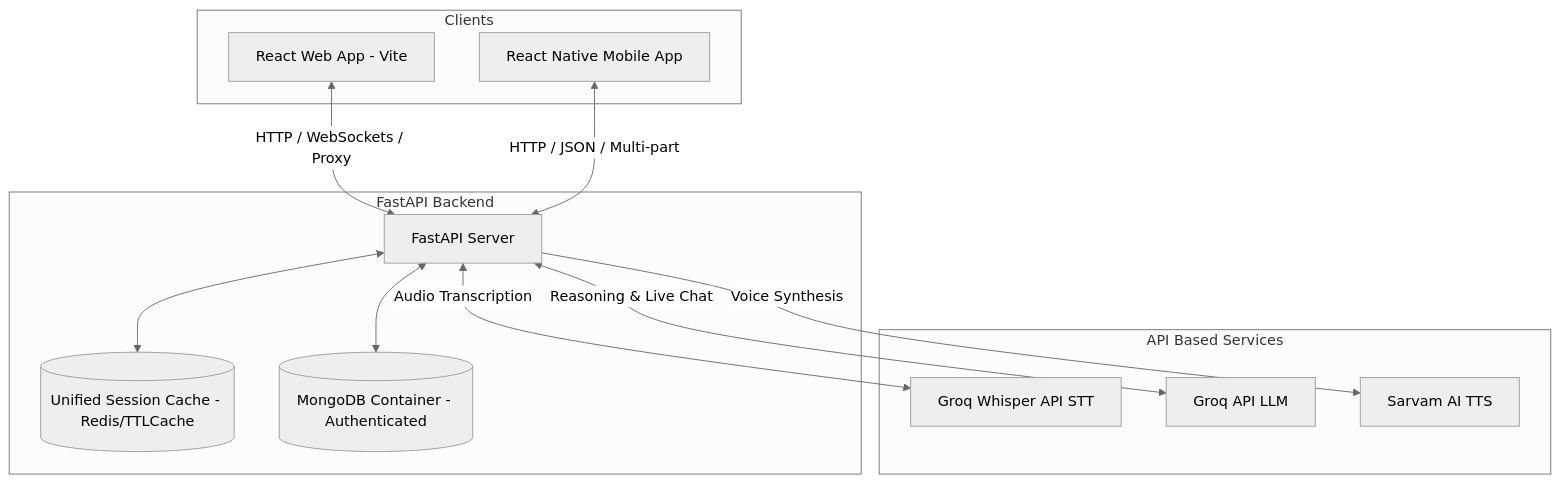
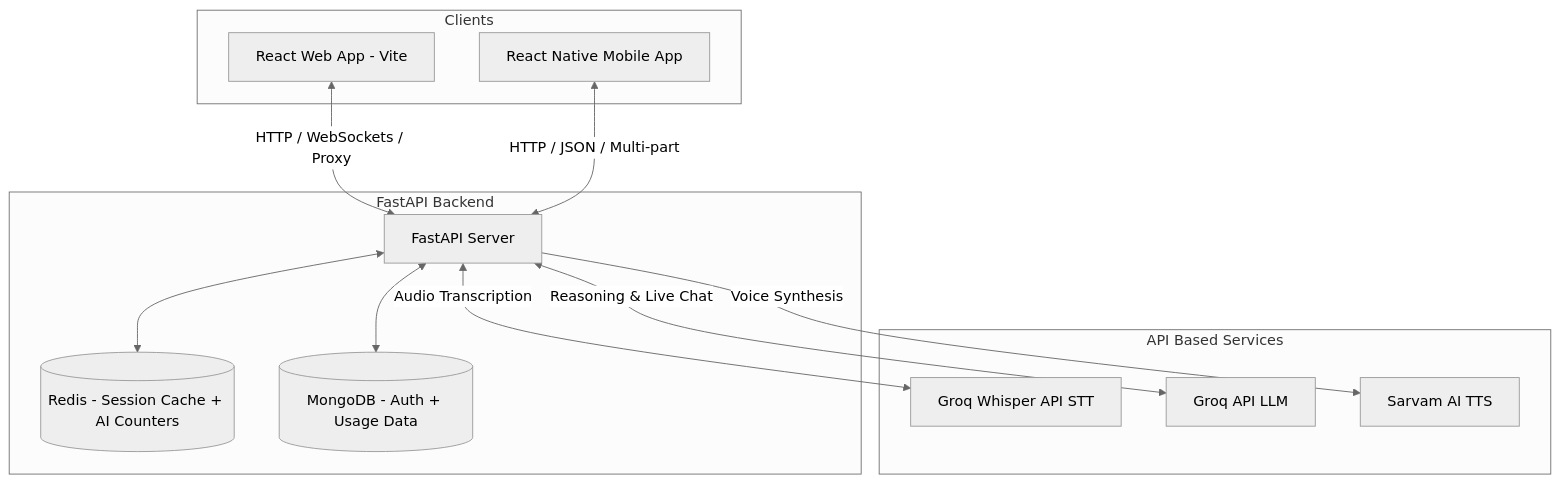
Before and after one commit to suyashB45/COACT-AI: the diagram in README.md, drawn with Mermaid (neutral theme). The commit also changed other lines of this file and 32 other files, not shown here.

````diff
--- a/README.md
+++ b/README.md
@@ -17,29 +17,29 @@
 ```mermaid
 graph TD
     subgraph Clients
         Web[React Web App - Vite]
         Mobile[React Native Mobile App]
     end
 
     subgraph Backend Services [FastAPI Backend]
         API[FastAPI Server]
-        Cache[(Unified Session Cache - Redis/TTLCache)]
-        DB[(MongoDB Container - Authenticated)]
+        Cache[(Redis - Session Cache + AI Counters)]
+        DB[(MongoDB - Auth + Usage Data)]
     end
 
     subgraph Cloud AI Engine [API Based Services]
         GroqSTT[Groq Whisper API STT]
         GroqLLM[Groq API LLM]
         TTS[Sarvam AI TTS]
     end
 
     Web <-->|HTTP / WebSockets / Proxy| API
     Mobile <-->|HTTP / JSON / Multi-part| API
     
     API <--> Cache
     API <--> DB
     
     API <-->|Audio Transcription| GroqSTT
     API <-->|Reasoning & Live Chat| GroqLLM
     API -->|Voice Synthesis| TTS
 ```
````
